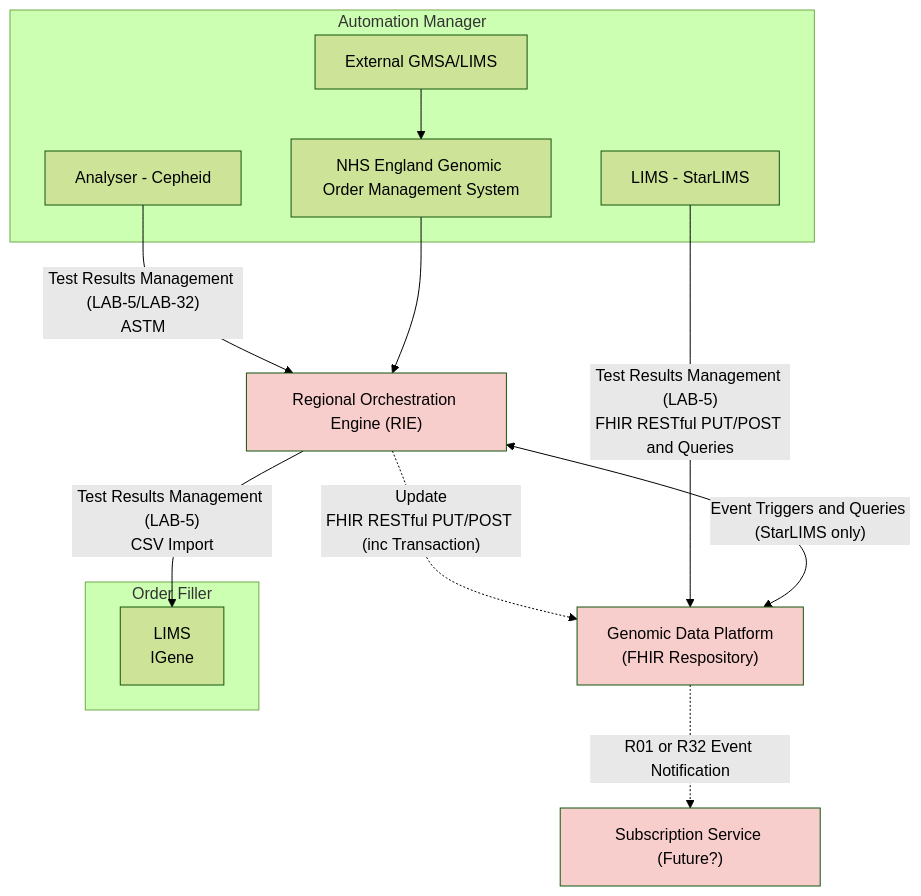
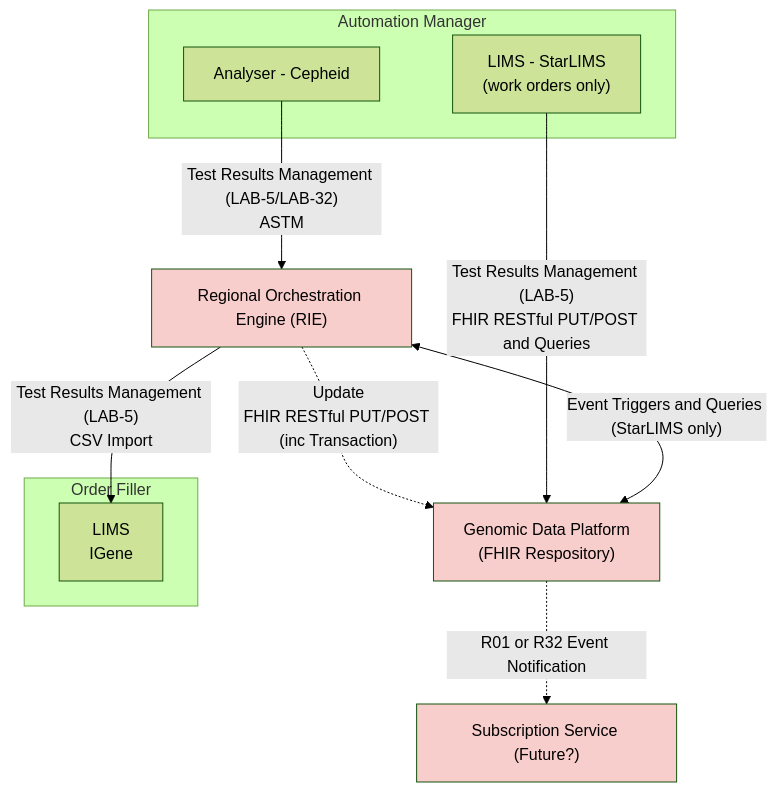
One commit to nw-gmsa/nw-gmsa.github.com changed diagram 15 of 15 in input/pagecontent/LTW.md. Above: the diagram before and after it, drawn with Mermaid (forest theme). The commit also changed other lines of this file and 18 other files, not shown here.

First line of the commit message:
Add Whole Genome Sequencing scenario; work order vs sub-order guidance

````diff
--- a/input/pagecontent/LTW.md
+++ b/input/pagecontent/LTW.md
@@ -579,36 +590,31 @@
 ```mermaid
 graph TD
 
   subgraph GenomicLIMS["Order Filler"];
     iGene[LIMS<br/>IGene]
   end
 
   subgraph Analyser["Automation Manager"];
     Cepheid[Analyser - Cepheid]
-    StarLIMS[LIMS - StarLIMS]
-    ExtLIMS[External GMSA/LIMS]
-    GOMS["NHS England Genomic Order Management System"]
-    ExtLIMS --> GOMS
+    StarLIMS["LIMS - StarLIMS<br/>(work orders only)"]
   end
 
 
   RIE["Regional Orchestration Engine (RIE)"]
 
   GDP["Genomic Data Platform<br/>(FHIR Respository)"]
   PubSub["Subscription Service (Future?)"]
 
   RIE -.-> |"Update<br/>FHIR RESTful PUT/POST (inc Transaction)"| GDP
   GDP -.-> |R01 or R32 Event Notification| PubSub
 
   Cepheid --> |"Test Results Management (LAB-5/LAB-32)<br/>ASTM"| RIE
   StarLIMS --> |"Test Results Management (LAB-5)<br/>FHIR RESTful PUT/POST and Queries"| GDP
   GDP <--> |"Event Triggers and Queries (StarLIMS only)"| RIE
-  GOMS --> RIE
-
   RIE --> |"Test Results Management (LAB-5)<br/>CSV Import"| iGene
 
   classDef purple fill:#E1D5E7;
   classDef pink fill:#F8CECC;
 
   class GDP,RIE,PubSub pink;
 ```
````
